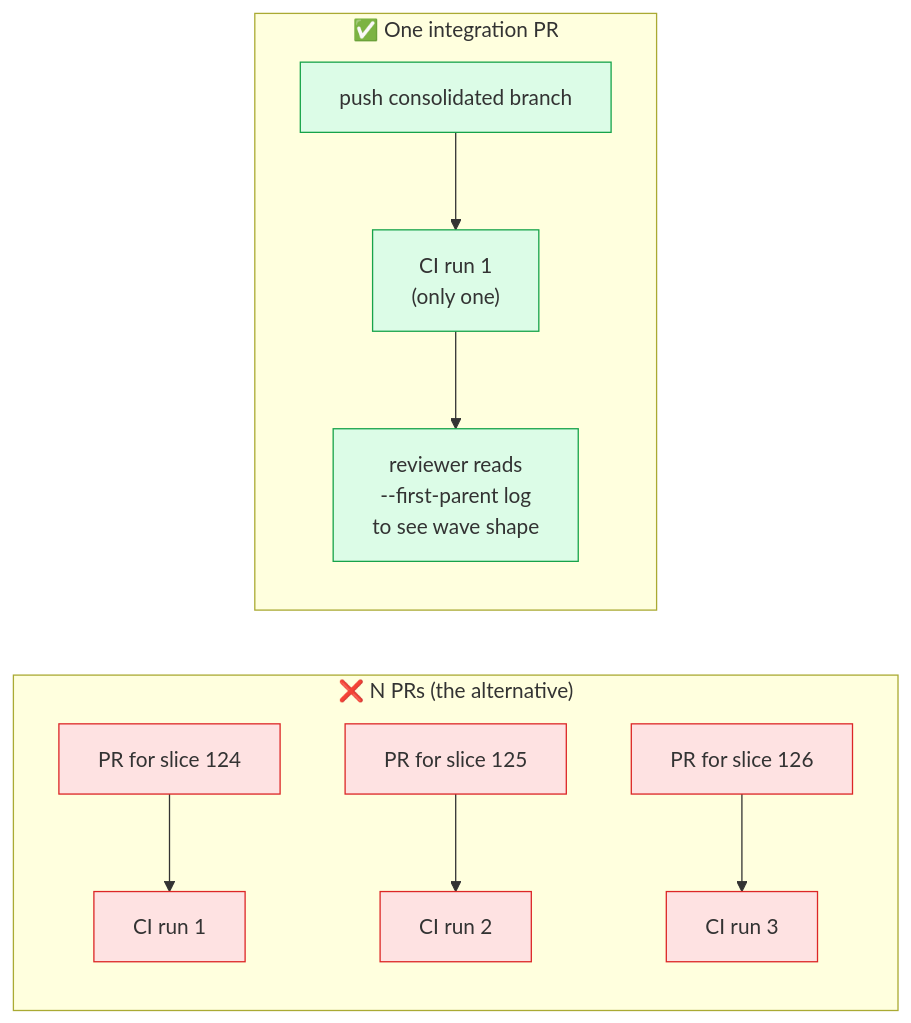
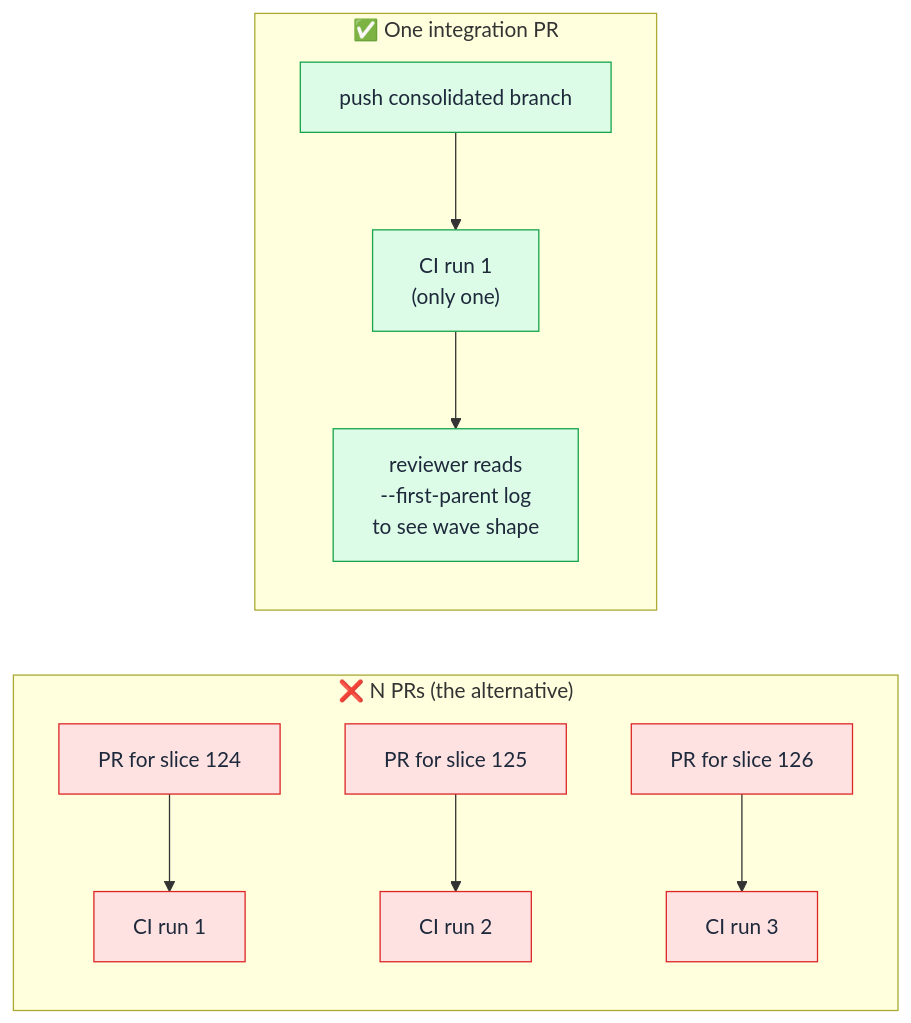
The fifth of 5 diagrams in docs/faq.md (ZunoSmartLabs/zsl-superpowers), drawn with Mermaid before and after one commit. The commit also changed other lines of this file and 8 other files, not shown here.

First line of the commit message:
docs(remote-agents): add scheduling rationale + fix dark-mode diagram text

````diff
--- a/docs/faq.md
+++ b/docs/faq.md
@@ -291,17 +291,17 @@
 ```mermaid
 flowchart LR
     subgraph naive["❌ N PRs (the alternative)"]
         n1["PR for slice 124"] --> ci1["CI run 1"]
         n2["PR for slice 125"] --> ci2["CI run 2"]
         n3["PR for slice 126"] --> ci3["CI run 3"]
     end
     subgraph one["✅ One integration PR"]
         o1["push consolidated branch"] --> oci["CI run 1<br/>(only one)"]
         oci --> review["reviewer reads<br/>--first-parent log<br/>to see wave shape"]
     end
 
-    classDef bad fill:#fee2e2,stroke:#dc2626;
-    classDef good fill:#dcfce7,stroke:#16a34a;
+    classDef bad fill:#fee2e2,stroke:#dc2626,color:#1e293b;
+    classDef good fill:#dcfce7,stroke:#16a34a,color:#1e293b;
     class n1,n2,n3,ci1,ci2,ci3 bad
     class o1,oci,review good
 ```
````
